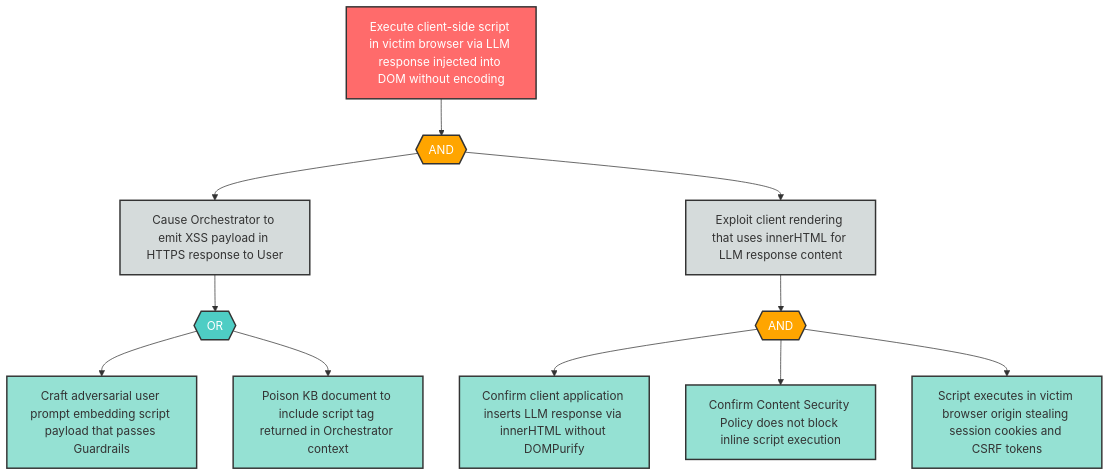
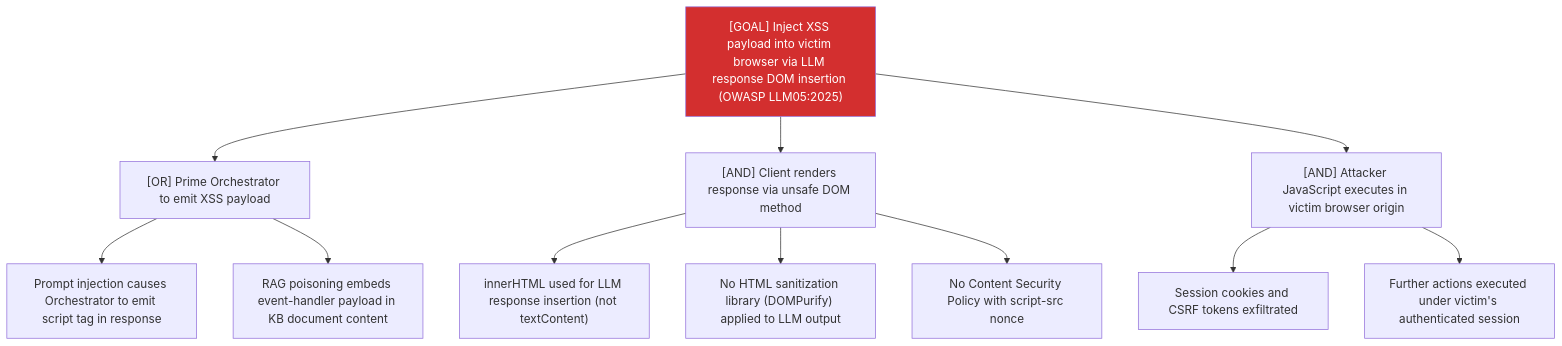
One commit to q-qp-p/davidmatousek-tachi changed the diagram in examples/agentic-app/sample-report/attack-trees/oi-1-attack-tree.md. Above: the diagram before and after it, drawn with Mermaid. The commit also changed other lines of this file and 132 other files, not shown here.

````diff
--- a/examples/agentic-app/sample-report/attack-trees/oi-1-attack-tree.md
+++ b/examples/agentic-app/sample-report/attack-trees/oi-1-attack-tree.md
@@ -8,37 +7,16 @@
 ```mermaid
-flowchart TD
-    OI1_root["Execute client-side script in victim browser via LLM response injected into DOM without encoding"]
-    OI1_and1{{"AND"}}
-    OI1_sub1["Cause Orchestrator to emit XSS payload in HTTPS response to User"]
-    OI1_sub2["Exploit client rendering that uses innerHTML for LLM response content"]
-    OI1_or1{{"OR"}}
-    OI1_leaf1["Craft adversarial user prompt embedding script payload that passes Guardrails"]
-    OI1_leaf2["Poison KB document to include script tag returned in Orchestrator context"]
-    OI1_and2{{"AND"}}
-    OI1_leaf3["Confirm client application inserts LLM response via innerHTML without DOMPurify"]
-    OI1_leaf4["Confirm Content Security Policy does not block inline script execution"]
-    OI1_leaf5["Script executes in victim browser origin stealing session cookies and CSRF tokens"]
-
-    OI1_root --> OI1_and1
-    OI1_and1 --> OI1_sub1
-    OI1_and1 --> OI1_sub2
-    OI1_sub1 --> OI1_or1
-    OI1_or1 --> OI1_leaf1
-    OI1_or1 --> OI1_leaf2
-    OI1_sub2 --> OI1_and2
-    OI1_and2 --> OI1_leaf3
-    OI1_and2 --> OI1_leaf4
-    OI1_and2 --> OI1_leaf5
-
-    classDef goal fill:#ff6b6b,stroke:#333,stroke-width:2px,color:#fff
-    classDef andGate fill:#ffa500,stroke:#333,stroke-width:2px,color:#fff
-    classDef orGate fill:#4ecdc4,stroke:#333,stroke-width:2px,color:#fff
-    classDef subGoal fill:#d5dbdb,stroke:#333,stroke-width:2px,color:#333
-    classDef leaf fill:#95e1d3,stroke:#333,stroke-width:2px,color:#333
-
-    class OI1_root goal
-    class OI1_and1,OI1_and2 andGate
-    class OI1_or1 orGate
-    class OI1_sub1,OI1_sub2 subGoal
-    class OI1_leaf1,OI1_leaf2,OI1_leaf3,OI1_leaf4,OI1_leaf5 leaf
+graph TD
+    Goal["[GOAL] Inject XSS payload into victim browser via LLM response DOM insertion (OWASP LLM05:2025)"]
+    Goal --> A["[OR] Prime Orchestrator to emit XSS payload"]
+    A --> A1["Prompt injection causes Orchestrator to emit script tag in response"]
+    A --> A2["RAG poisoning embeds event-handler payload in KB document content"]
+    Goal --> B["[AND] Client renders response via unsafe DOM method"]
+    B --> B1["innerHTML used for LLM response insertion (not textContent)"]
+    B --> B2["No HTML sanitization library (DOMPurify) applied to LLM output"]
+    B --> B3["No Content Security Policy with script-src nonce"]
+    Goal --> C["[AND] Attacker JavaScript executes in victim browser origin"]
+    C --> C1["Session cookies and CSRF tokens exfiltrated"]
+    C --> C2["Further actions executed under victim's authenticated session"]
+    classDef critical fill:#d32f2f,color:#fff
+    class Goal critical
 ```
````
